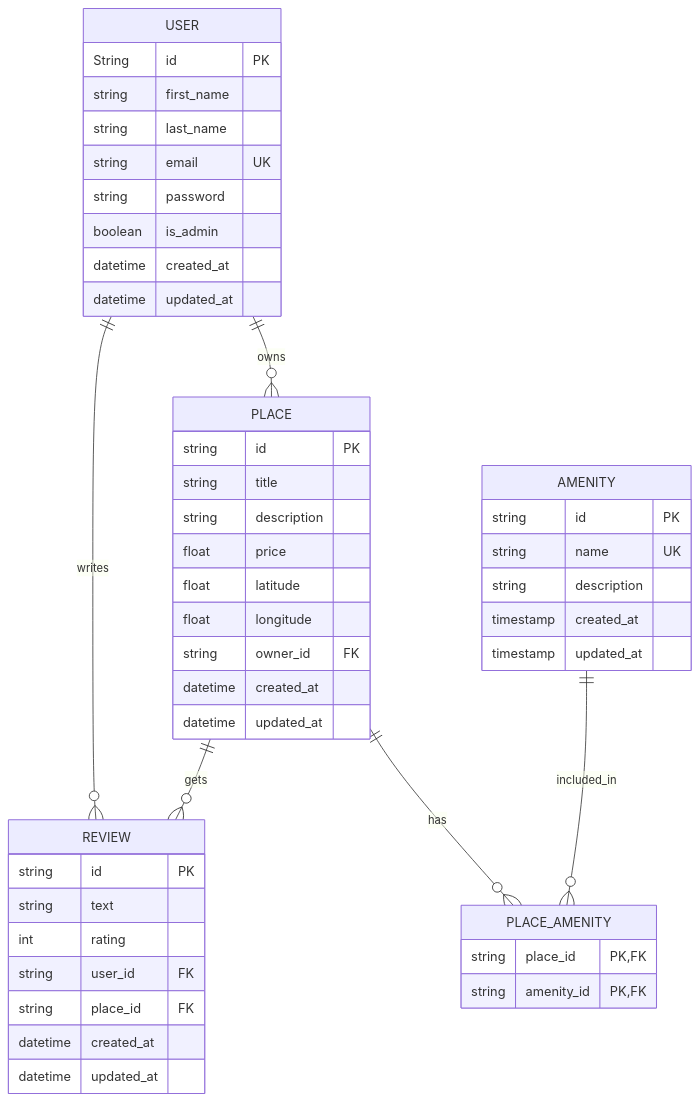
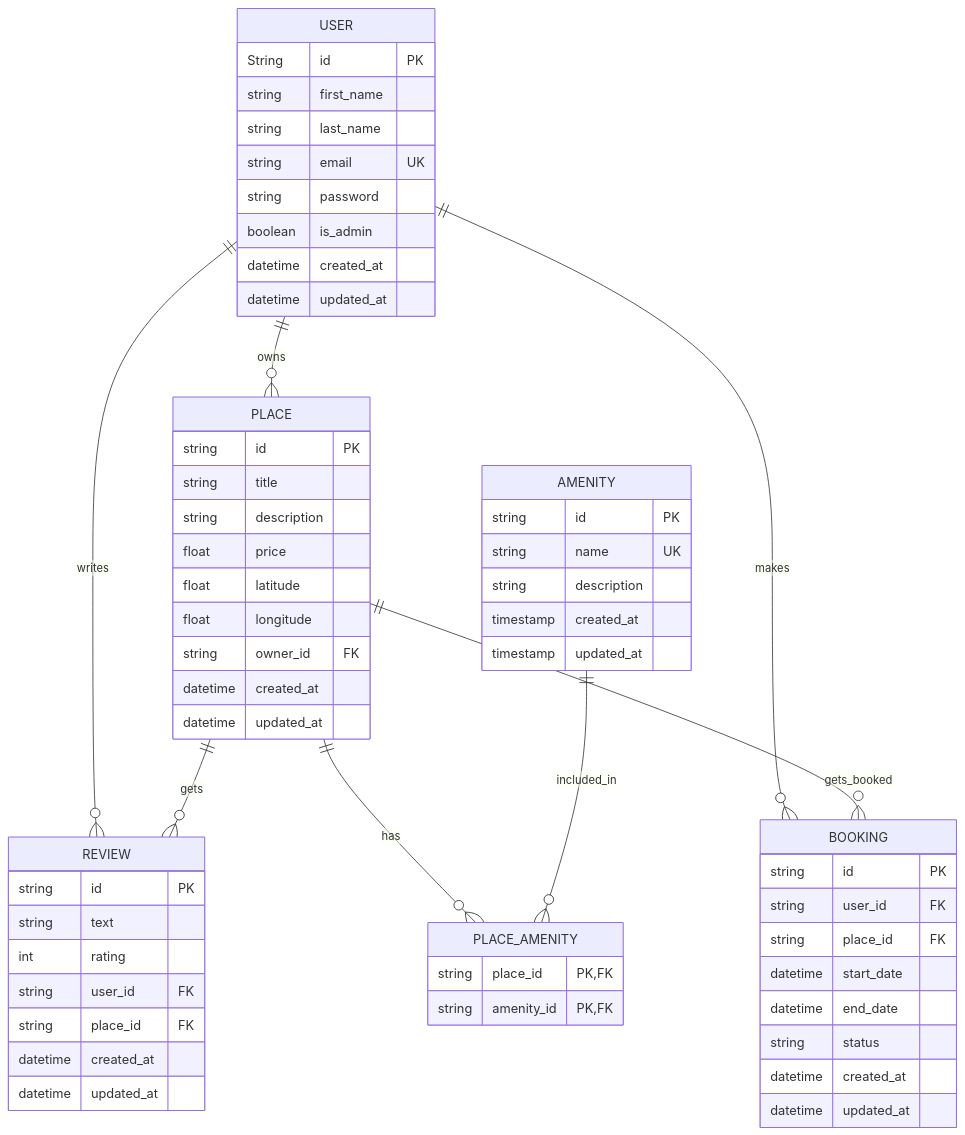
Before and after one commit to iEmanHamdan/holbertonschool-hbnb: the diagram in part3/ER_Diagram.md, drawn with Mermaid. The commit also changed 1 other file, not shown here.

Commit message:
Refactor code structure for improved readability and maintainability

````diff
--- a/part3/ER_Diagram.md
+++ b/part3/ER_Diagram.md
@@ -5,50 +5,62 @@
 ```mermaid
 erDiagram
   USER ||--o{ PLACE : owns
   USER ||--o{ REVIEW : writes
   PLACE ||--o{ REVIEW : gets
   PLACE ||--o{ PLACE_AMENITY : has
   AMENITY ||--o{ PLACE_AMENITY : included_in
+  USER ||--o{ BOOKING : makes
+  PLACE ||--o{ BOOKING : gets_booked
 
   USER {
     String id PK
     string first_name
     string last_name
     string email UK
     string password
     boolean is_admin
     datetime created_at
     datetime updated_at
   }
   PLACE {
     string id PK
     string title
     string description
     float price
     float latitude
     float longitude
     string owner_id FK
     datetime created_at
     datetime updated_at
   }
   REVIEW {
     string id PK
     string text
     int rating
     string user_id FK
     string place_id FK
     datetime created_at
     datetime updated_at
   }
   AMENITY {
     string id PK
     string name UK
     string description
     timestamp created_at
     timestamp updated_at
   }
   PLACE_AMENITY {
     string place_id PK,FK
     string amenity_id PK,FK
   }
+  BOOKING {
+    string id PK
+    string user_id FK
+    string place_id FK
+    datetime start_date
+    datetime end_date
+    string status
+    datetime created_at
+    datetime updated_at
+  }
 ```
````
